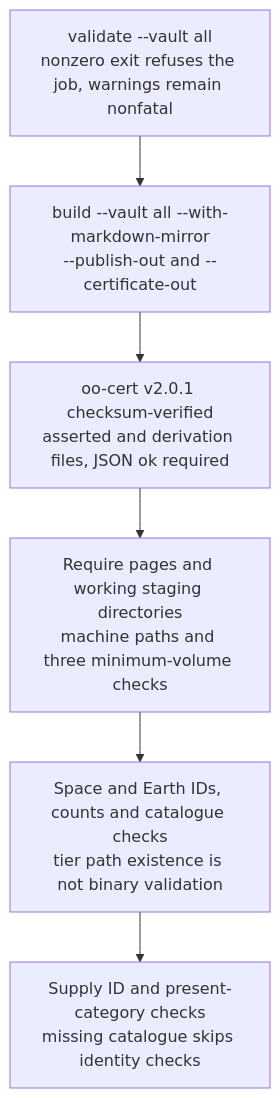
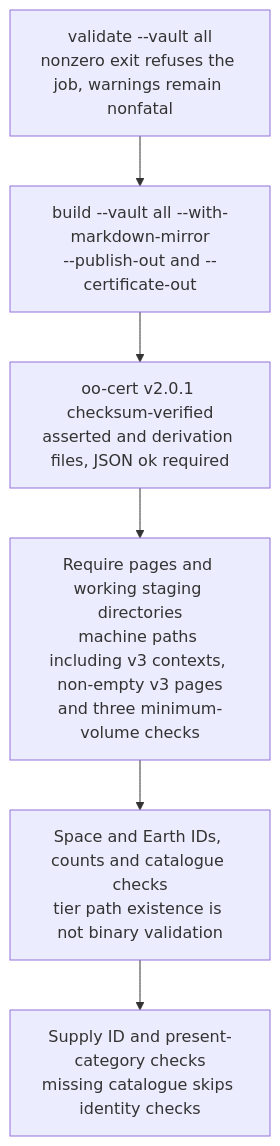
One commit to DreamLab-AI/VisionFlow changed the third of 4 diagrams in docs/diagrams/visiongraph/03-publish-pipeline-and-explorer-build.md. Above: the diagram before and after it, drawn with Mermaid. The commit also changed other lines of this file and 70 other files, not shown here.

First line of the commit message:
docs(diagrams): re-verify 69 topics at current default-branch heads

````diff
--- a/docs/diagrams/visiongraph/03-publish-pipeline-and-explorer-build.md
+++ b/docs/diagrams/visiongraph/03-publish-pipeline-and-explorer-build.md
@@ -85,21 +87,23 @@
 ```mermaid
 flowchart TB
     VALIDATE["validate --vault all<br/>nonzero exit refuses the job, warnings remain nonfatal"]
     BUILD["build --vault all --with-markdown-mirror<br/>--publish-out and --certificate-out"]
     CERT["oo-cert v2.0.1 checksum-verified<br/>asserted and derivation files, JSON ok required"]
-    STAGE["Require pages and working staging directories<br/>machine paths and three minimum-volume checks"]
+    STAGE["Require pages and working staging directories<br/>machine paths including v3 contexts, non-empty v3 pages<br/>and three minimum-volume checks"]
     SPACE["Space and Earth IDs, counts and catalogue checks<br/>tier path existence is not binary validation"]
     SUPPLY["Supply ID and present-category checks<br/>missing catalogue skips identity checks"]
     VALIDATE --> BUILD --> CERT --> STAGE --> SPACE --> SUPPLY
-    %% Source: .github/workflows/publish.yml:127
-    %% Source: .github/workflows/publish.yml:174
-    %% Source: .github/workflows/publish.yml:201
-    %% Source: .github/workflows/publish.yml:218
-    %% Source: .github/workflows/publish.yml:228
-    %% Source: .github/workflows/publish.yml:270
-    %% Source: .github/workflows/publish.yml:305
+    %% Source: .github/workflows/publish.yml:128
+    %% Source: .github/workflows/publish.yml:175
+    %% Source: .github/workflows/publish.yml:202
+    %% Source: .github/workflows/publish.yml:219
+    %% Source: .github/workflows/publish.yml:229
+    %% Source: .github/workflows/publish.yml:271
+    %% Source: crates/ontomark-compile/src/build/mod.rs:925
+    %% Source: crates/ontomark-compile/src/build/mod.rs:958
+    %% Source: .github/workflows/publish.yml:308
     %% Source: publishing-tools/WasmVOWL/modern/scripts/check-space-domains.mjs:14
     %% Source: publishing-tools/WasmVOWL/modern/scripts/check-supply-chain-domain.mjs:31
     %% Source: publishing-tools/WasmVOWL/modern/scripts/check-supply-chain-domain.mjs:39
     %% Source: publishing-tools/WasmVOWL/modern/scripts/check-supply-chain-domain.mjs:50
 ```
````
